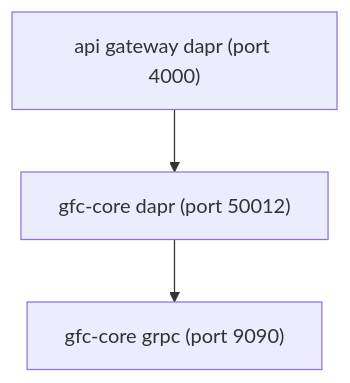
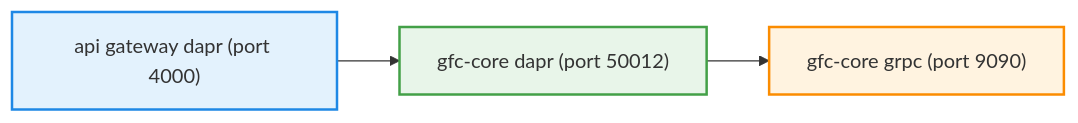
Before and after one commit to sbhrwl/microservices: the first of 3 diagrams in app/usecases/import-flexibilities/README.md, drawn with Mermaid. The commit also changed other lines of this file, not shown here.

````diff
--- a/app/usecases/import-flexibilities/README.md
+++ b/app/usecases/import-flexibilities/README.md
@@ -14,9 +19,13 @@
 ```mermaid
-flowchart TD
+flowchart LR
     A["api gateway dapr (port 4000)"]
     B["gfc-core dapr (port 50012)"]
     C["gfc-core grpc (port 9090)"]
 
     A --> B
     B --> C
+
+    style A fill:#e3f2fd,stroke:#1e88e5,stroke-width:2px
+    style B fill:#e8f5e9,stroke:#43a047,stroke-width:2px
+    style C fill:#fff3e0,stroke:#fb8c00,stroke-width:2px
 ```
````
